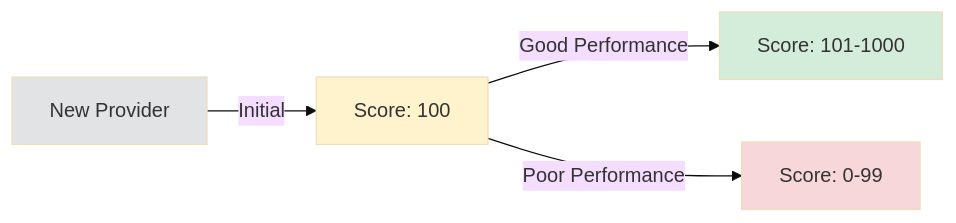
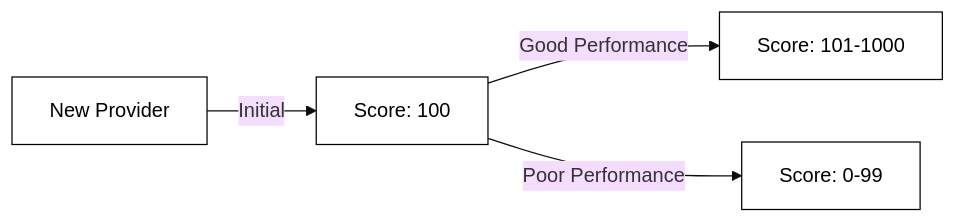
Before and after one commit to PolkaMesh/PolkaMesh-Contracts: diagram 17 of 17 in compute_provider_registry/README.md, drawn with Mermaid (base theme). The commit also changed other lines of this file and 4 other files, not shown here.

````diff
--- a/compute_provider_registry/README.md
+++ b/compute_provider_registry/README.md
@@ -422,11 +422,11 @@
 ```mermaid
 graph LR
     A[New Provider] -->|Initial| B[Score: 100]
     B -->|Good Performance| C[Score: 101-1000]
     B -->|Poor Performance| D[Score: 0-99]
 
-    style A fill:#e2e3e5
-    style B fill:#fff3cd
-    style C fill:#d4edda
-    style D fill:#f8d7da
+    style A fill:#ffffff,stroke:#000000,color:#000000
+    style B fill:#ffffff,stroke:#000000,color:#000000
+    style C fill:#ffffff,stroke:#000000,color:#000000
+    style D fill:#ffffff,stroke:#000000,color:#000000
 ```
````
